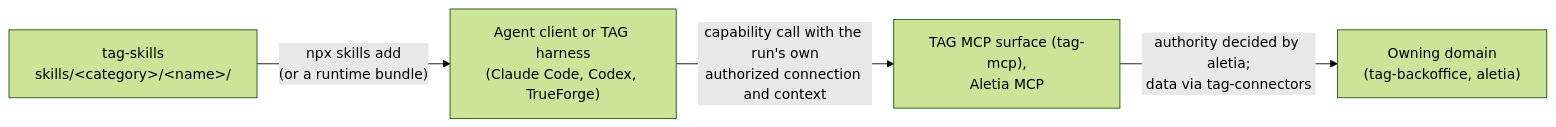
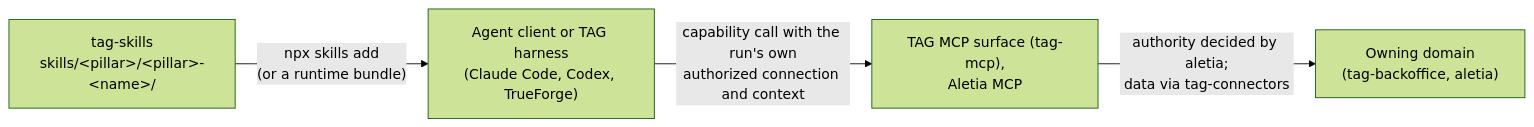
The diagram in ARCHITECTURE.md (theapotheosisgroup/tag-skills), drawn with Mermaid (forest theme) before and after one commit. The commit also changed other lines of this file and 256 other files, not shown here.

First line of the commit message:
feat(skills)!: reorganize catalog into back-office G&A pillars with pillar-prefixed names (#6)

````diff
--- a/ARCHITECTURE.md
+++ b/ARCHITECTURE.md
@@ -5,6 +5,6 @@
 ```mermaid
 flowchart LR
-  repo["tag-skills<br/>skills/&lt;category&gt;/&lt;name&gt;/"] -- "npx skills add<br/>(or a runtime bundle)" --> client["Agent client or TAG harness<br/>(Claude Code, Codex, TrueForge)"]
+  repo["tag-skills<br/>skills/&lt;pillar&gt;/&lt;pillar&gt;-&lt;name&gt;/"] -- "npx skills add<br/>(or a runtime bundle)" --> client["Agent client or TAG harness<br/>(Claude Code, Codex, TrueForge)"]
   client -- "capability call with the run's own<br/>authorized connection and context" --> mcp["TAG MCP surface (tag-mcp),<br/>Aletia MCP"]
   mcp -- "authority decided by aletia;<br/>data via tag-connectors" --> domain["Owning domain<br/>(tag-backoffice, aletia)"]
 ```
````
